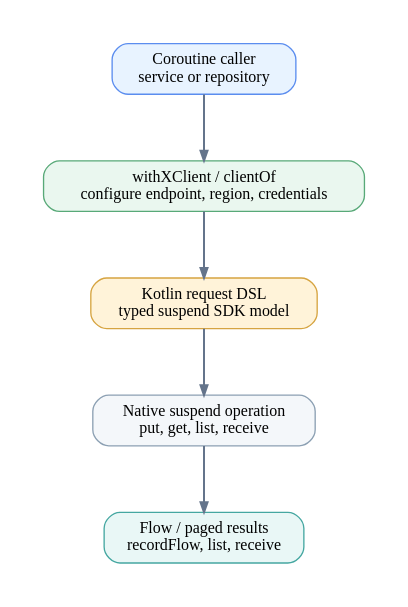
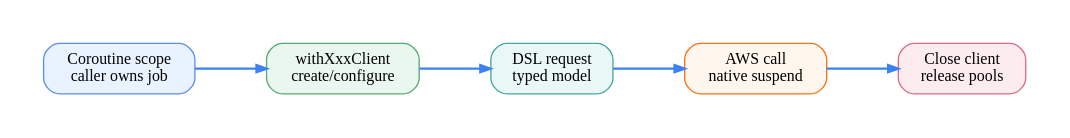
The diagram in docs/images/readme-diagrams/aws-kotlin-flow-02.dot (bluetape4k/bluetape4k-aws), drawn with Graphviz before and after one commit. The commit also changed 305 other files, not shown here.

First line of the commit message:
docs: rebuild README diagrams from source evidence

```diff
--- a/docs/images/readme-diagrams/aws-kotlin-flow-02.dot
+++ b/docs/images/readme-diagrams/aws-kotlin-flow-02.dot
@@ -1,14 +1,14 @@
-digraph aws_kotlin_flow_02 {
-  graph [rankdir=TB, bgcolor="#ffffff", pad=0.35, nodesep=0.48, ranksep=0.70, splines=ortho]
+digraph G {
+  graph [rankdir=LR, bgcolor="#ffffff", pad=0.35, nodesep=0.55, ranksep=0.75, splines=ortho]
   node [shape=box, style="rounded,filled", fontname="Architects Daughter", fontsize=12, margin="0.14,0.09", color="#94a3b8", fillcolor="#f8fafc"]
-  edge [fontname="Comic Mono", fontsize=10, color="#64748b", penwidth=1.5, arrowsize=0.75]
-  caller [label="Coroutine caller\nservice or repository", fillcolor="#E8F3FF", color="#5B8DEF"]
-  client [label="withXClient / clientOf\nconfigure endpoint, region, credentials", fillcolor="#EAF7EF", color="#58A978"]
-  request [label="Kotlin request DSL\ntyped suspend SDK model", fillcolor="#FFF3D9", color="#D6A441"]
-  operation [label="Native suspend operation\nput, get, list, receive", fillcolor="#F4F7FA", color="#8CA0B3"]
-  stream [label="Flow / paged results\nrecordFlow, list, receive", fillcolor="#E9F7F6", color="#45A7A1"]
-  caller -> client
+  edge [fontname="Comic Mono", fontsize=10, penwidth=1.8, arrowsize=0.75, color="#3B82F6"]
+  scope [label="Coroutine scope\ncaller owns job", fillcolor="#E8F3FF", color="#5B8DEF"]
+  client [label="withXxxClient\ncreate/configure", fillcolor="#EAF7EF", color="#58A978"]
+  request [label="DSL request\ntyped model", fillcolor="#E9F7F6", color="#45A7A1"]
+  service [label="AWS call\nnative suspend", fillcolor="#FFF7ED", color="#F97316"]
+  close [label="Close client\nrelease pools", fillcolor="#FDECEF", color="#DC6B82"]
+  scope -> client
   client -> request
-  request -> operation
-  operation -> stream
+  request -> service
+  service -> close
 }
```
